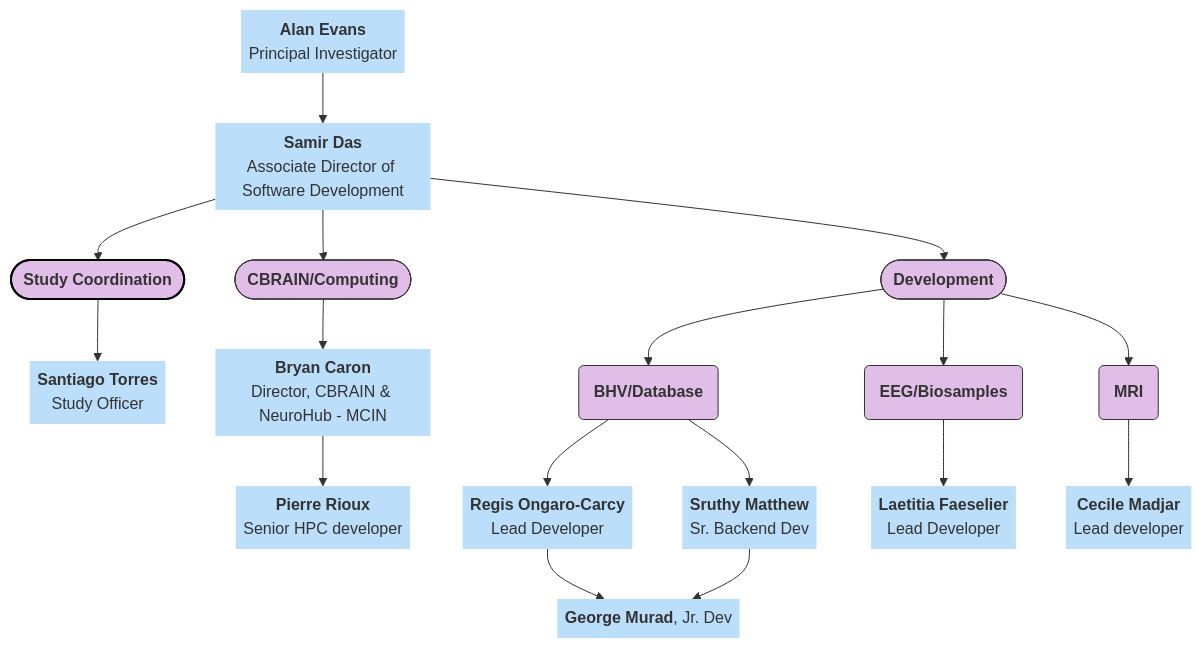
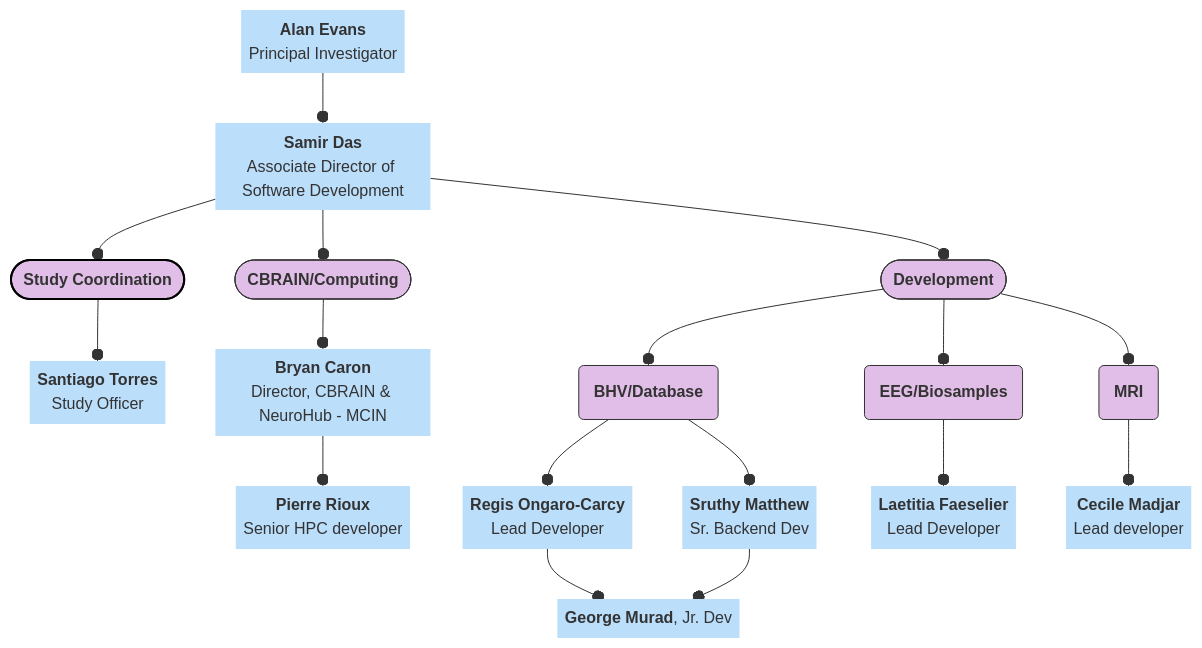
Before and after one commit to DCAN-Labs/hbcd-docs-internal: the second of 11 diagrams in docs/orgcharts.md, drawn with Mermaid. The commit also changed other lines of this file, not shown here.

````diff
--- a/docs/orgcharts.md
+++ b/docs/orgcharts.md
@@ -80,56 +80,56 @@
 ```mermaid
 ---
 config:
   layout: dagre
 ---
 flowchart TB
-    A["<b>Alan Evans</b><br>Principal Investigator"] --> nl["<b>Samir Das</b><br>Associate Director of Software Development"]
-    nl --> n9(["<b>Study Coordination</b>"]) & C(["<b>CBRAIN/Computing</b><br>"]) & B(["<b>Development</b>"])
-    C --> n12["<b>Bryan Caron</b><br>Director, CBRAIN &amp; NeuroHub - MCIN"]
-    n9 --> E["<b>Santiago Torres</b><br>Study Officer"]
-    B --> F["<b>BHV/Database</b>"] & H["<b>EEG/Biosamples</b>"] & G["<b>MRI</b>"]
-    F --> I["<b>Regis Ongaro-Carcy</b><br>Lead Developer"] & n10["<b>Sruthy Matthew</b><br>Sr. Backend Dev"]
-    G --> L["<b>Cecile Madjar</b><br>Lead developer"]
-    H --> M["<b>Laetitia Faeselier</b><br>Lead Developer"]
-    n10 --> n11["<b>George Murad</b>, Jr. Dev"]
-    I --> n11
-    n12 --> D["<b>Pierre Rioux</b><br>Senior HPC developer"]
+    A["<b>Alan Evans</b><br>Principal Investigator"] --o nl["<b>Samir Das</b><br>Associate Director of Software Development"]
+    nl --o n9(["<b>Study Coordination</b>"]) & C(["<b>CBRAIN/Computing</b><br>"]) & B(["<b>Development</b>"])
+    C --o n12["<b>Bryan Caron</b><br>Director, CBRAIN &amp; NeuroHub - MCIN"]
+    n9 --o E["<b>Santiago Torres</b><br>Study Officer"]
+    B --o F["<b>BHV/Database</b>"] & H["<b>EEG/Biosamples</b>"] & G["<b>MRI</b>"]
+    F --o I["<b>Regis Ongaro-Carcy</b><br>Lead Developer"] & n10["<b>Sruthy Matthew</b><br>Sr. Backend Dev"]
+    G --o L["<b>Cecile Madjar</b><br>Lead developer"]
+    H --o M["<b>Laetitia Faeselier</b><br>Lead Developer"]
+    n10 --o n11["<b>George Murad</b>, Jr. Dev"]
+    I --o n11
+    n12 --o D["<b>Pierre Rioux</b><br>Senior HPC developer"]
     A@{ shape: text}
     nl@{ shape: text}
     n12@{ shape: text}
     E@{ shape: text}
     F@{ shape: rounded}
     H@{ shape: rounded}
     G@{ shape: rounded}
     I@{ shape: text}
     n10@{ shape: text}
     L@{ shape: text}
     M@{ shape: text}
     n11@{ shape: text}
     D@{ shape: text}
     style A stroke:#000000,fill:#BBDEFB
     style nl stroke:#000000,fill:#BBDEFB
     style n9 stroke:#000000,fill:#E1BEE7,stroke-width:2px,stroke-dasharray: 0
     style C stroke:#333,fill:#E1BEE7
     style B stroke:#333,fill:#E1BEE7
     style n12 fill:#BBDEFB
     style E stroke:#333,fill:#BBDEFB
     style F stroke:#333,fill:#E1BEE7
     style H stroke:#333,fill:#E1BEE7
     style G stroke:#333,fill:#E1BEE7
     style I stroke:#333,fill:#BBDEFB
     style n10 fill:#BBDEFB
     style L stroke:#000000,fill:#BBDEFB
     style M fill:#BBDEFB,stroke:#000000
     style n11 fill:#BBDEFB
     style D stroke:#333,fill:#BBDEFB
     click A "#evans"
     click nl "#das"
     click E "#torres"
     click I "#ongaro-carcy"
     click n10 "#matthew"
     click L "#madjar"
     click M "#faeselier"
     click n11 "#murad"
     click D "#rioux"
 ```
````
